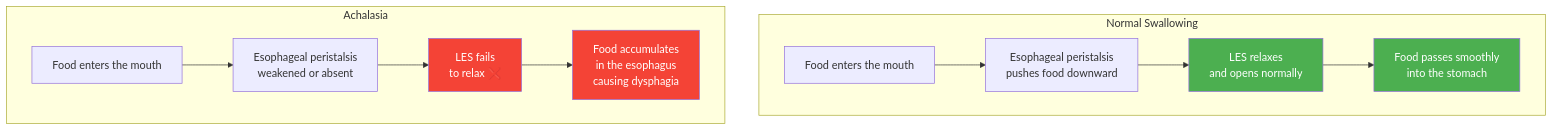
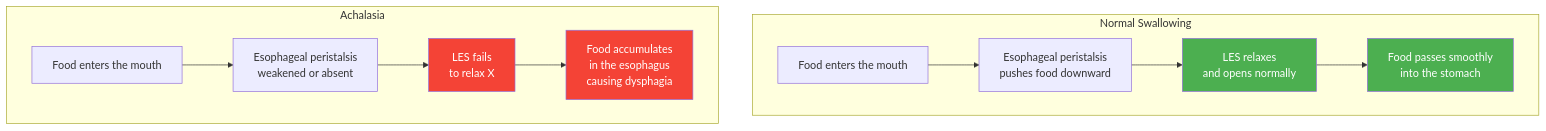
Before and after one commit to dontchangela-bit/esophageal-education: the diagram in 食道弛緩不能症/一般版/EN/01_Disease_Introduction.md, drawn with Mermaid. The commit also changed 59 other files, not shown here.

First line of the commit message:
Fix Mermaid v11.13 syntax errors across all esophageal files

````diff
--- a/食道弛緩不能症/一般版/EN/01_Disease_Introduction.md
+++ b/食道弛緩不能症/一般版/EN/01_Disease_Introduction.md
@@ -31,19 +31,19 @@
 ```mermaid
 graph TD
     subgraph Normal Swallowing
         A1[Food enters the mouth] --> B1[Esophageal peristalsis<br/>pushes food downward]
         B1 --> C1[LES relaxes<br/>and opens normally]
         C1 --> D1[Food passes smoothly<br/>into the stomach]
     end
 
     subgraph Achalasia
         A2[Food enters the mouth] --> B2[Esophageal peristalsis<br/>weakened or absent]
-        B2 --> C2[LES fails<br/>to relax ❌]
+        B2 --> C2[LES fails<br/>to relax X]
         C2 --> D2[Food accumulates<br/>in the esophagus<br/>causing dysphagia]
     end
 
     style C1 fill:#4CAF50,color:#fff
     style C2 fill:#f44336,color:#fff
     style D1 fill:#4CAF50,color:#fff
     style D2 fill:#f44336,color:#fff
 ```
````
